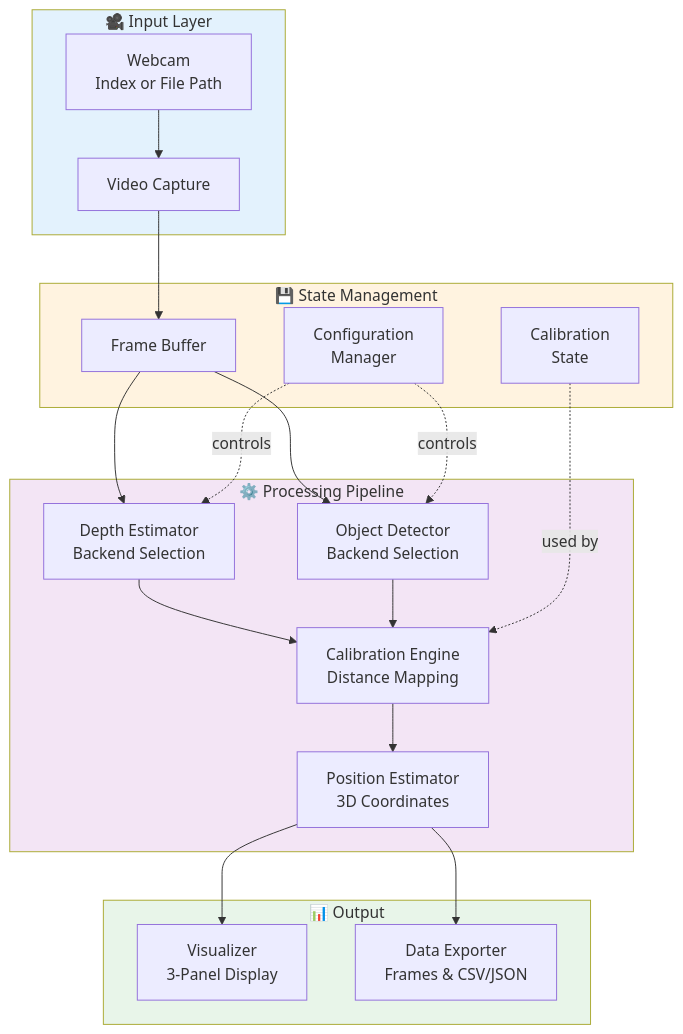
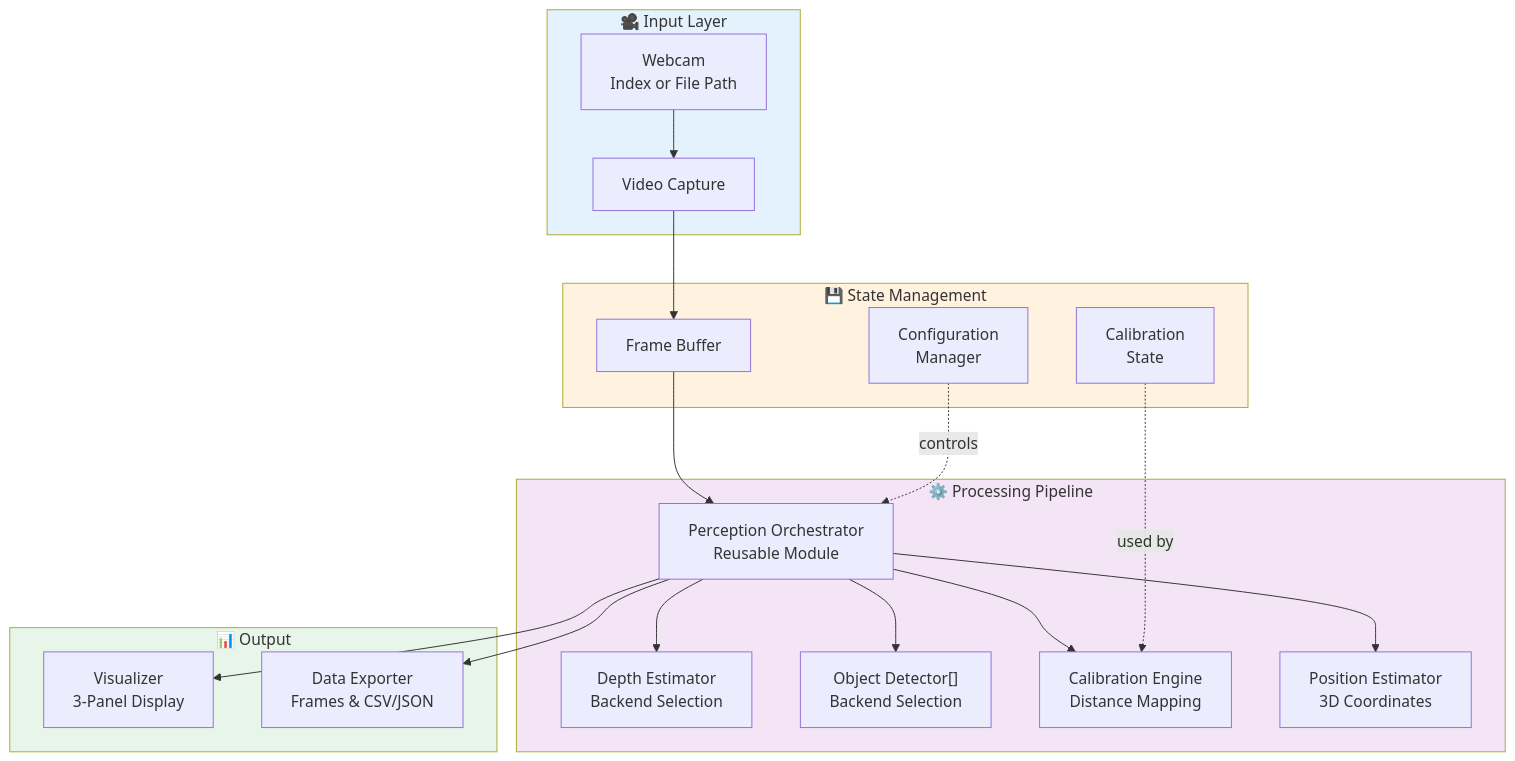
Before and after one commit to vinitsathe23-tech/depth-estimator: the first of 3 diagrams in docs/design/system-architecture.md, drawn with Mermaid. The commit also changed other lines of this file and 7 other files, not shown here.

Commit message:
improve the way frame are processed and make an orchestrator

````diff
--- a/docs/design/system-architecture.md
+++ b/docs/design/system-architecture.md
@@ -15,43 +15,43 @@
 ```mermaid
 graph TB
     subgraph Input["🎥 Input Layer"]
         WC["Webcam<br/>Index or File Path"]
         VC["Video Capture"]
     end
     
     subgraph Processing["⚙️ Processing Pipeline"]
+        PO["Perception Orchestrator<br/>Reusable Module"]
         DE["Depth Estimator<br/>Backend Selection"]
-        OD["Object Detector<br/>Backend Selection"]
+        OD["Object Detector[]<br/>Backend Selection"]
         CE["Calibration Engine<br/>Distance Mapping"]
         PE["Position Estimator<br/>3D Coordinates"]
     end
     
     subgraph State["💾 State Management"]
         CONFIG["Configuration<br/>Manager"]
         CAL["Calibration<br/>State"]
         FRAME_BUFFER["Frame Buffer"]
     end
     
     subgraph Output["📊 Output"]
         VIZ["Visualizer<br/>3-Panel Display"]
         EXPORT["Data Exporter<br/>Frames & CSV/JSON"]
     end
     
     WC --> VC
     VC --> FRAME_BUFFER
-    FRAME_BUFFER --> DE
-    FRAME_BUFFER --> OD
-    DE --> CE
-    OD --> CE
-    CE --> PE
-    PE --> VIZ
-    PE --> EXPORT
-    CONFIG -.->|controls| DE
-    CONFIG -.->|controls| OD
+    FRAME_BUFFER --> PO
+    PO --> DE
+    PO --> OD
+    PO --> CE
+    PO --> PE
+    PO --> VIZ
+    PO --> EXPORT
+    CONFIG -.->|controls| PO
     CAL -.->|used by| CE
     
     style Input fill:#e3f2fd
     style Processing fill:#f3e5f5
     style State fill:#fff3e0
     style Output fill:#e8f5e9
 ```
````
